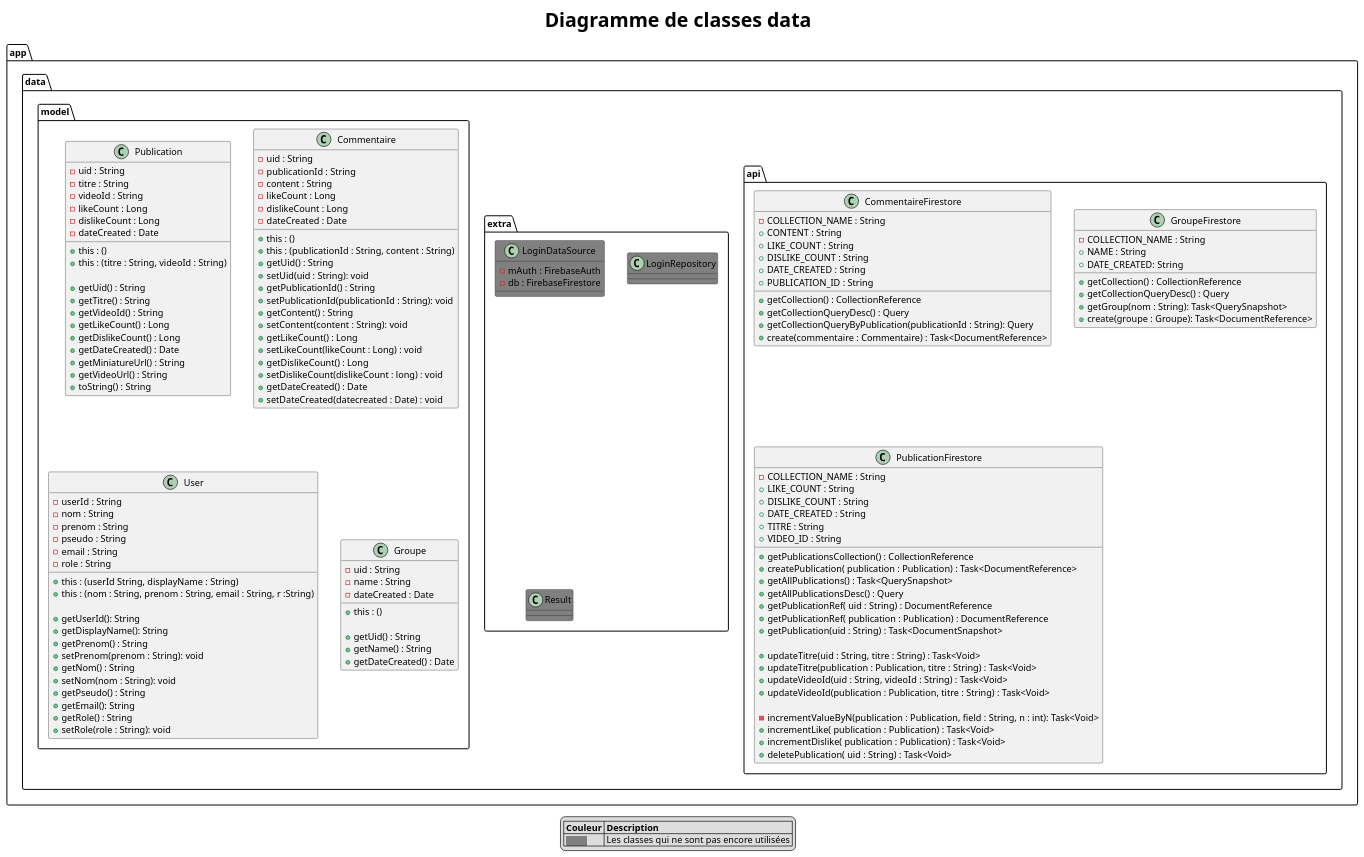
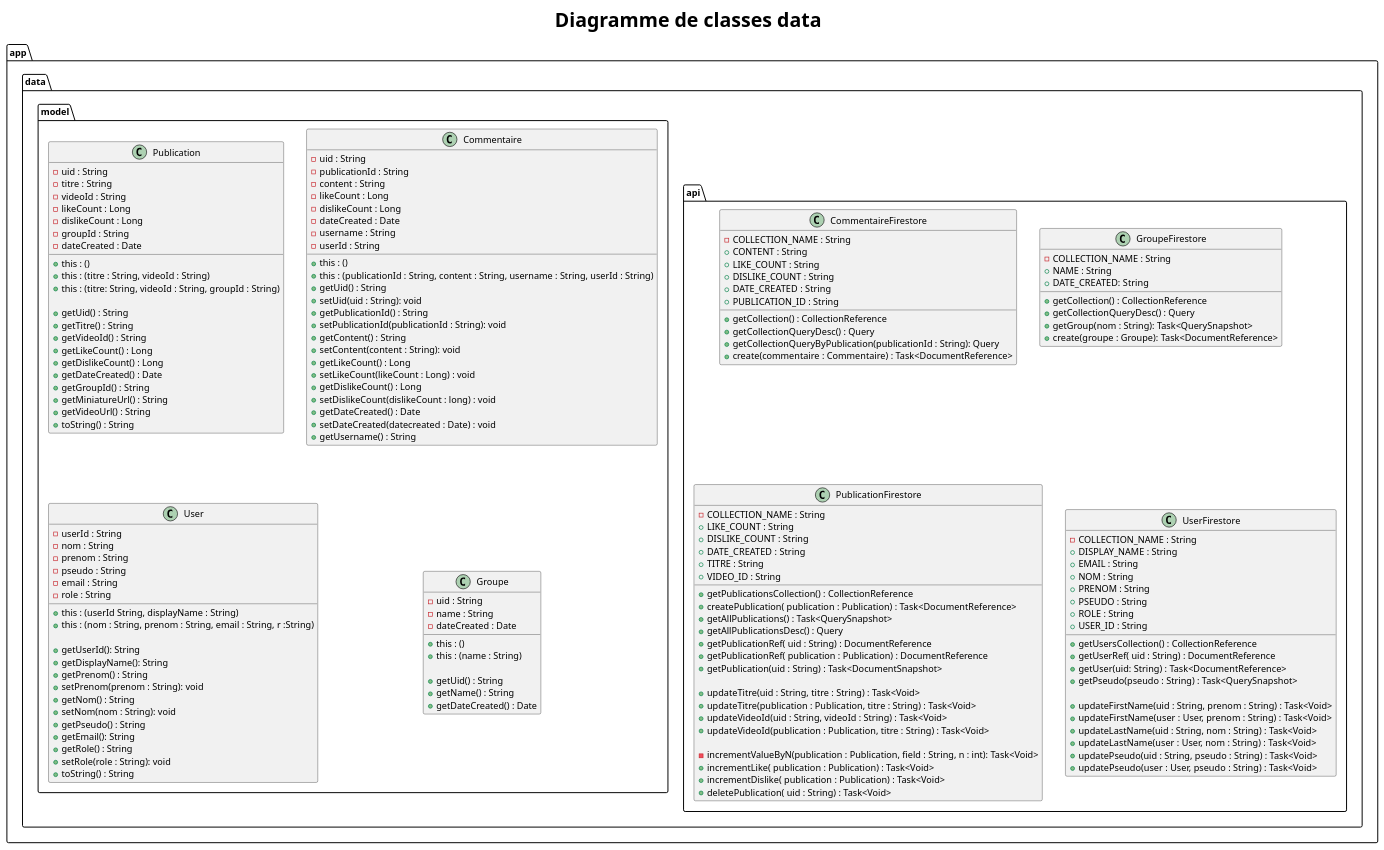
One commit to SefkanTas/Sonofy changed the diagram in app/docs/asciidoc/models/modeldata.puml. Above: the diagram before and after it, drawn with PlantUML. The commit also changed 9 other files, not shown here.

```diff
--- a/app/docs/asciidoc/models/modeldata.puml
+++ b/app/docs/asciidoc/models/modeldata.puml
@@ -1,176 +1,188 @@
 @startuml modeldata
 title <size:30><b>Diagramme de classes data</b></size>
-legend
-    |= Couleur |= Description |
-    | <size:11><back:#grey>           </back></size>| Les classes qui ne sont pas encore utilisées |
-endlegend
 
 package app{
  package data {
 
         package api{
 
             class CommentaireFirestore{
                 - COLLECTION_NAME : String
                 + CONTENT : String
                 + LIKE_COUNT : String
                 + DISLIKE_COUNT : String
                 + DATE_CREATED : String
                 + PUBLICATION_ID : String
 
                 + getCollection() : CollectionReference
                 + getCollectionQueryDesc() : Query
                 + getCollectionQueryByPublication(publicationId : String): Query
                 + create(commentaire : Commentaire) : Task<DocumentReference>
             }
 
             class GroupeFirestore{
                 - COLLECTION_NAME : String
                 + NAME : String
                 + DATE_CREATED: String
 
                 + getCollection() : CollectionReference
                 + getCollectionQueryDesc() : Query
                 + getGroup(nom : String): Task<QuerySnapshot>
                 + create(groupe : Groupe): Task<DocumentReference>
             }
 
             class PublicationFirestore{
                 - COLLECTION_NAME : String
                 + LIKE_COUNT : String
                 + DISLIKE_COUNT : String
                 + DATE_CREATED : String
                 + TITRE : String
                 + VIDEO_ID : String
 
                 + getPublicationsCollection() : CollectionReference
                 + createPublication( publication : Publication) : Task<DocumentReference>
                 + getAllPublications() : Task<QuerySnapshot>
                 + getAllPublicationsDesc() : Query
                 + getPublicationRef( uid : String) : DocumentReference
                 + getPublicationRef( publication : Publication) : DocumentReference
                 + getPublication(uid : String) : Task<DocumentSnapshot>
 
                 + updateTitre(uid : String, titre : String) : Task<Void>
                 + updateTitre(publication : Publication, titre : String) : Task<Void>
                 + updateVideoId(uid : String, videoId : String) : Task<Void>
                 + updateVideoId(publication : Publication, titre : String) : Task<Void>
 
                 - incrementValueByN(publication : Publication, field : String, n : int): Task<Void>
                 + incrementLike( publication : Publication) : Task<Void>
                 + incrementDislike( publication : Publication) : Task<Void>
                 + deletePublication( uid : String) : Task<Void>
             }
 
-        }
-        'fin api'
+            class UserFirestore{
+                 - COLLECTION_NAME : String
+                 + DISPLAY_NAME : String
+                 + EMAIL : String
+                 + NOM : String
+                 + PRENOM : String
+                 + PSEUDO : String
+                 + ROLE : String
+                 + USER_ID : String
 
-        package extra{
+                 + getUsersCollection() : CollectionReference
+                 + getUserRef( uid : String) : DocumentReference
+                 + getUser(uid: String) : Task<DocumentReference>
+                 + getPseudo(pseudo : String) : Task<QuerySnapshot>
 
-            class LoginDataSource #grey{
-                - mAuth : FirebaseAuth
-                - db : FirebaseFirestore
-            }
+                + updateFirstName(uid : String, prenom : String) : Task<Void>
+                + updateFirstName(user : User, prenom : String) : Task<Void>
+                + updateLastName(uid : String, nom : String) : Task<Void>
+                + updateLastName(user : User, nom : String) : Task<Void>
+                + updatePseudo(uid : String, pseudo : String) : Task<Void>
+                + updatePseudo(user : User, pseudo : String) : Task<Void>
 
-            class LoginRepository #grey{
-            }
-
-            class Result #grey{
             }
 
         }
-        'fin extra'
+        'fin api'
 
         package model{
 
             class Commentaire{
                 - uid : String
                 - publicationId : String
                 - content : String
                 - likeCount : Long
                 - dislikeCount : Long
                 - dateCreated : Date
+                - username : String
+                - userId : String
 
                 + this : ()
-                + this : (publicationId : String, content : String)
+                + this : (publicationId : String, content : String, username : String, userId : String)
                 + getUid() : String
                 + setUid(uid : String): void
                 + getPublicationId() : String
                 + setPublicationId(publicationId : String): void
                 + getContent() : String
                 + setContent(content : String): void
                 + getLikeCount() : Long
                 + setLikeCount(likeCount : Long) : void
                 + getDislikeCount() : Long
                 + setDislikeCount(dislikeCount : long) : void
                 + getDateCreated() : Date
                 + setDateCreated(datecreated : Date) : void
+                + getUsername() : String
             }
 
             class Groupe{
                 - uid : String
                 - name : String
                 - dateCreated : Date
 
                 + this : ()
+                + this : (name : String)
 
                 + getUid() : String
                 + getName() : String
                 + getDateCreated() : Date
             }
 
             class Publication{
                 - uid : String
                 - titre : String
                 - videoId : String
                 - likeCount : Long
                 - dislikeCount : Long
+                - groupId : String
                 - dateCreated : Date
 
                 + this : ()
                 + this : (titre : String, videoId : String)
+                + this : (titre: String, videoId : String, groupId : String)
 
                 + getUid() : String
                 + getTitre() : String
                 + getVideoId() : String
                 + getLikeCount() : Long
                 + getDislikeCount() : Long
                 + getDateCreated() : Date
+                + getGroupId() : String
                 + getMiniatureUrl() : String
                 + getVideoUrl() : String
                 + toString() : String
             }
 
             class User{
                 - userId : String
                 - nom : String
                 - prenom : String
                 - pseudo : String
                 - email : String
                 - role : String
 
                 + this : (userId String, displayName : String)
                 + this : (nom : String, prenom : String, email : String, r :String)
 
                 + getUserId(): String
                 + getDisplayName(): String
                 + getPrenom() : String
                 + setPrenom(prenom : String): void
                 + getNom() : String
                 + setNom(nom : String): void
                 + getPseudo() : String
                 + getEmail(): String
                 + getRole() : String
                 + setRole(role : String): void
+                + toString() : String
             }
 
             Commentaire -[hidden]- Groupe
             Publication -[hidden]- User
 
         }
         'fin model'
     }
     'fin data'
 }
 
 @enduml
```
